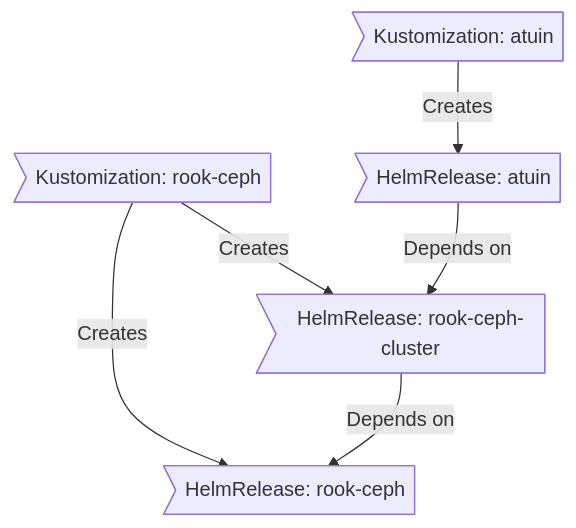
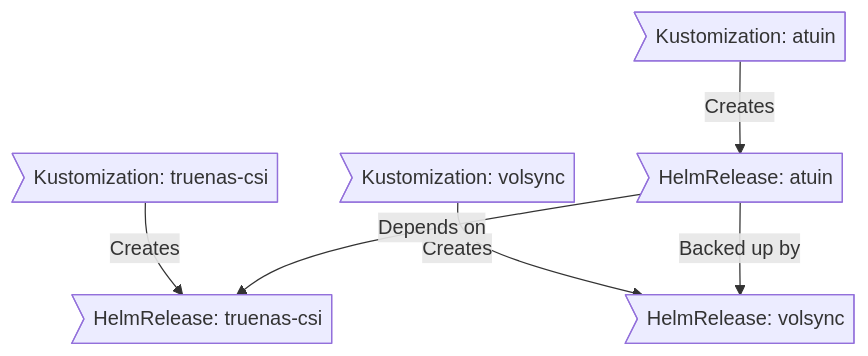
One commit to GizmoTickler/home-ops changed the diagram in README.md. Above: the diagram before and after it, drawn with Mermaid. The commit also changed other lines of this file, not shown here.

First line of the commit message:
docs: update README to reflect storage migration from Rook Ceph to TrueNAS iSCSI

````diff
--- a/README.md
+++ b/README.md
@@ -127,8 +134,8 @@
 ```mermaid
 graph TD
-    A>Kustomization: rook-ceph] -->|Creates| B[HelmRelease: rook-ceph]
-    A>Kustomization: rook-ceph] -->|Creates| C[HelmRelease: rook-ceph-cluster]
-    C>HelmRelease: rook-ceph-cluster] -->|Depends on| B>HelmRelease: rook-ceph]
-    D>Kustomization: atuin] -->|Creates| E(HelmRelease: atuin)
-    E>HelmRelease: atuin] -->|Depends on| C>HelmRelease: rook-ceph-cluster]
+    A>Kustomization: truenas-csi] -->|Creates| B[HelmRelease: truenas-csi]
+    C>Kustomization: volsync] -->|Creates| D[HelmRelease: volsync]
+    E>Kustomization: atuin] -->|Creates| F(HelmRelease: atuin)
+    F>HelmRelease: atuin] -->|Depends on| B>HelmRelease: truenas-csi]
+    F>HelmRelease: atuin] -->|Backed up by| D>HelmRelease: volsync]
 ```
````
